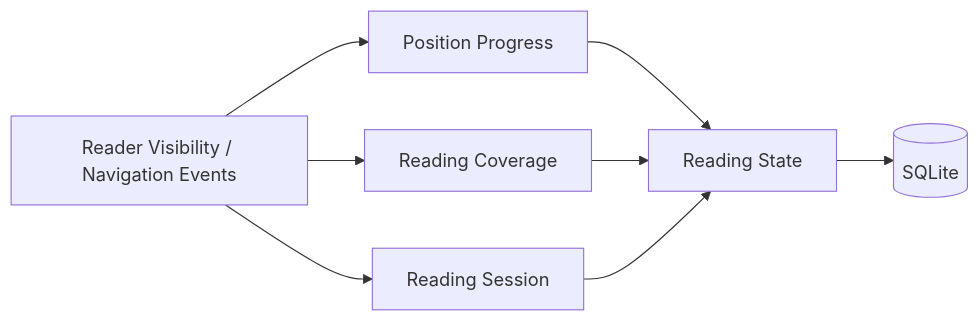
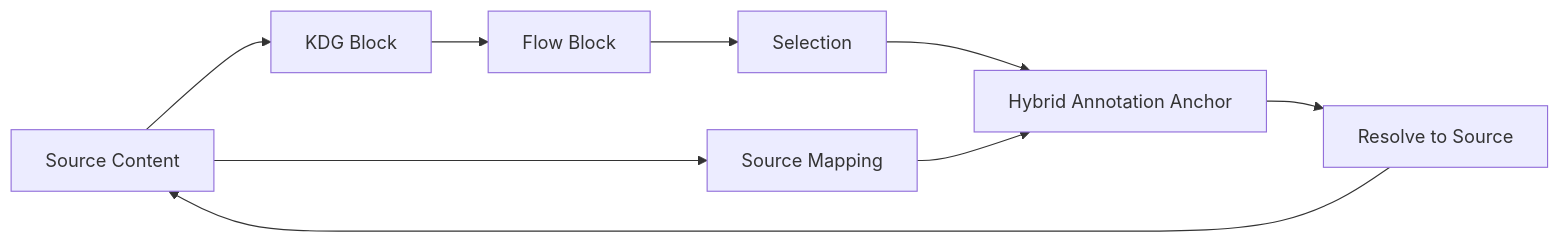
The sixth of 11 diagrams in docs/PROJECT_GRAPH.md (aaditya140103/kola), drawn with Mermaid before and after one commit. The commit also changed other lines of this file, not shown here.

Commit message:
docs: update compact architecture graph for pdf reader

````diff
--- a/docs/PROJECT_GRAPH.md
+++ b/docs/PROJECT_GRAPH.md
@@ -185,17 +154,13 @@
 ```mermaid
 flowchart LR
-    Events[Reader Visibility / Navigation Events]
-    Pos[Position Progress]
-    Coverage[Reading Coverage]
-    Session[Reading Session]
-    State[Reading State]
-    DB[(SQLite)]
+    Source[Source Content]
+    Block[KDG Block]
+    Map[Source Mapping]
+    Flow[Flow Block]
+    Selection[Selection]
+    Anchor[Hybrid Annotation Anchor]
+    Back[Resolve to Source]
 
-    Events --> Pos
-    Events --> Coverage
-    Events --> Session
-    Pos --> State
-    Coverage --> State
-    Session --> State
-    State --> DB
+    Source --> Block --> Flow --> Selection --> Anchor
+    Source --> Map --> Anchor --> Back --> Source
 ```
````
